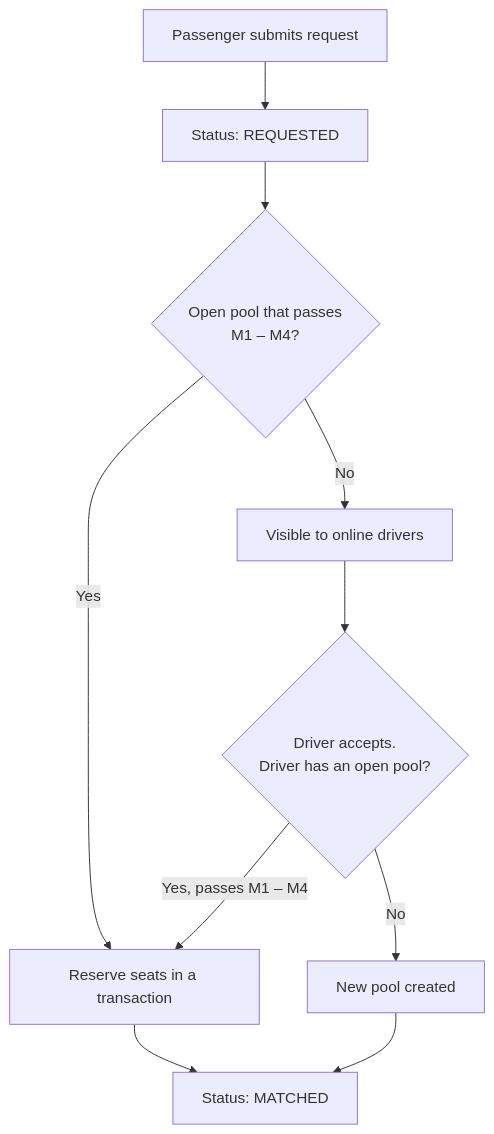
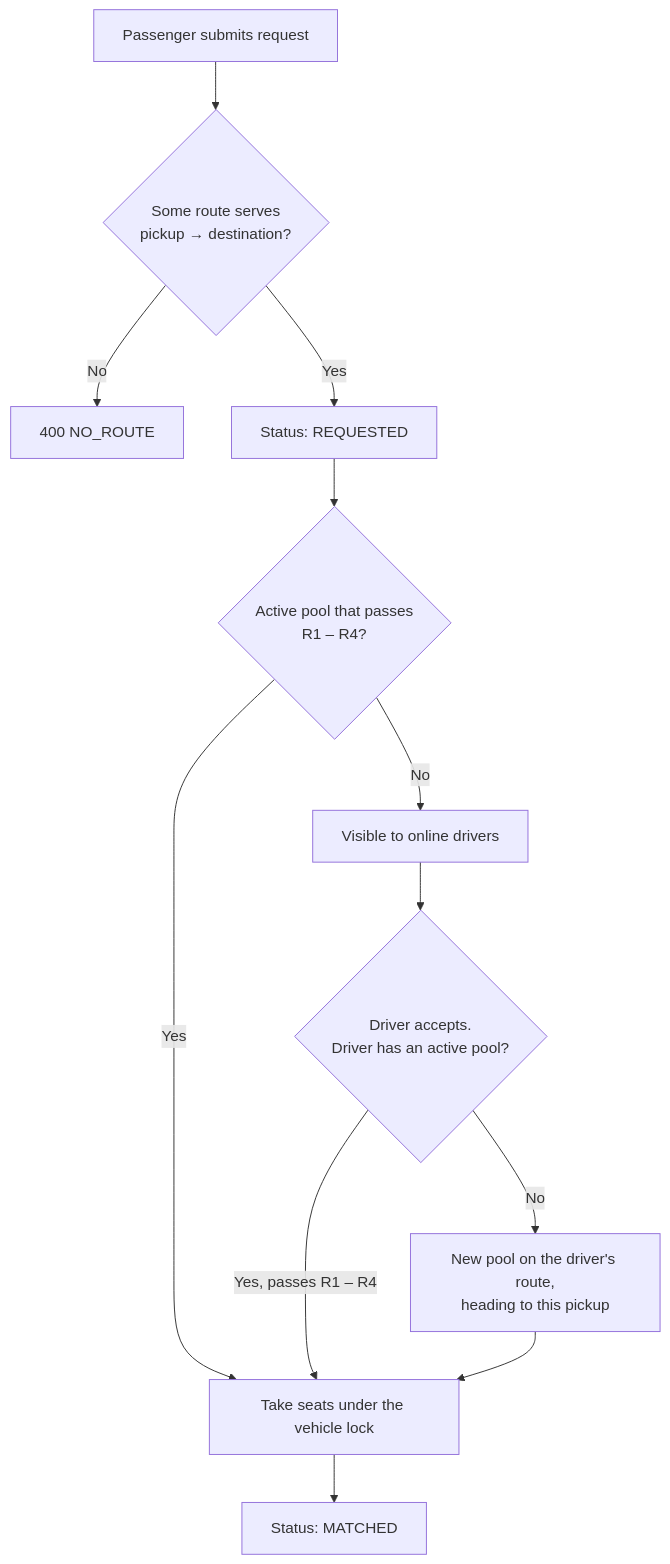
One commit to istiak133/Tesla changed the first of 2 diagrams in docs/assumptions.md. Above: the diagram before and after it, drawn with Mermaid. The commit also changed other lines of this file and 16 other files, not shown here.

````diff
--- a/docs/assumptions.md
+++ b/docs/assumptions.md
@@ -140,12 +147,14 @@
 ```mermaid
 flowchart TD
-    A[Passenger submits request] --> B[Status: REQUESTED]
-    B --> C{Open pool that passes<br/>M1 – M4?}
-    C -- Yes --> D[Reserve seats in a transaction]
-    D --> E[Status: MATCHED]
-    C -- No --> F[Visible to online drivers]
-    F --> G{Driver accepts.<br/>Driver has an open pool?}
-    G -- No --> H[New pool created]
-    G -- Yes, passes M1 – M4 --> D
-    H --> E
+    A[Passenger submits request] --> B{Some route serves<br/>pickup → destination?}
+    B -- No --> X[400 NO_ROUTE]
+    B -- Yes --> C[Status: REQUESTED]
+    C --> D{Active pool that passes<br/>R1 – R4?}
+    D -- Yes --> E[Take seats under the vehicle lock]
+    E --> F[Status: MATCHED]
+    D -- No --> G[Visible to online drivers]
+    G --> H{Driver accepts.<br/>Driver has an active pool?}
+    H -- No --> I[New pool on the driver's route,<br/>heading to this pickup]
+    H -- Yes, passes R1 – R4 --> E
+    I --> E
 ```
````
